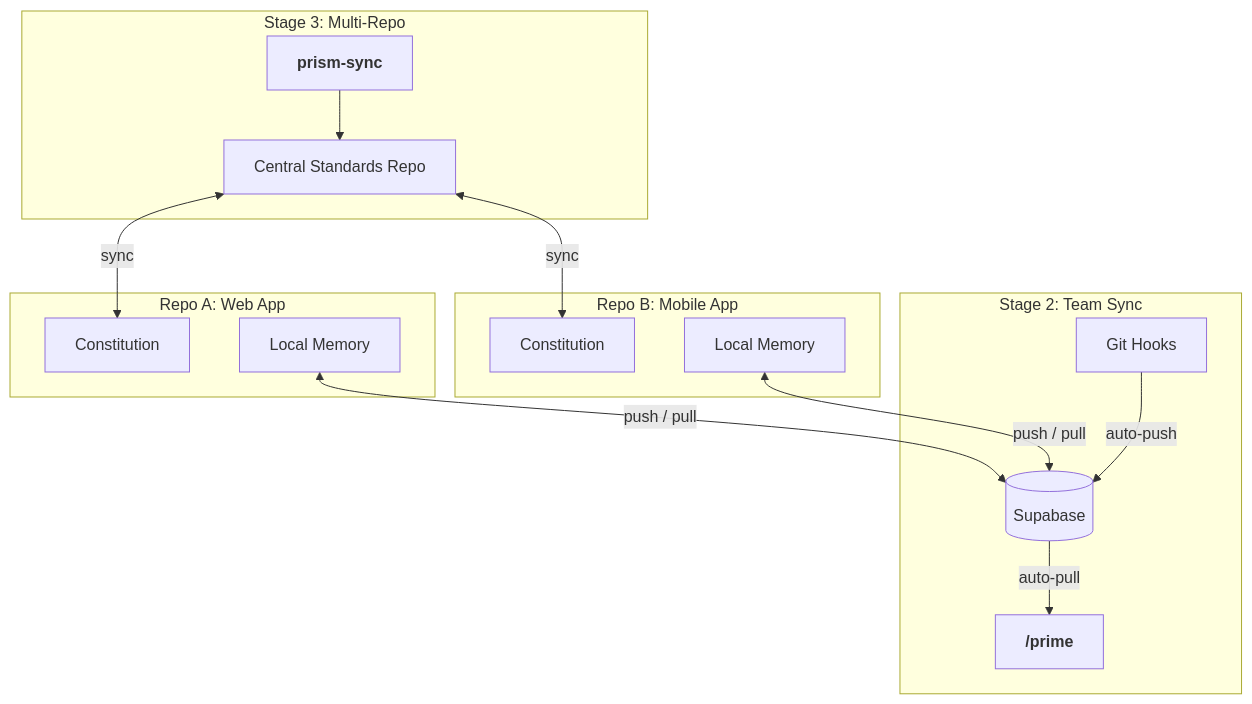
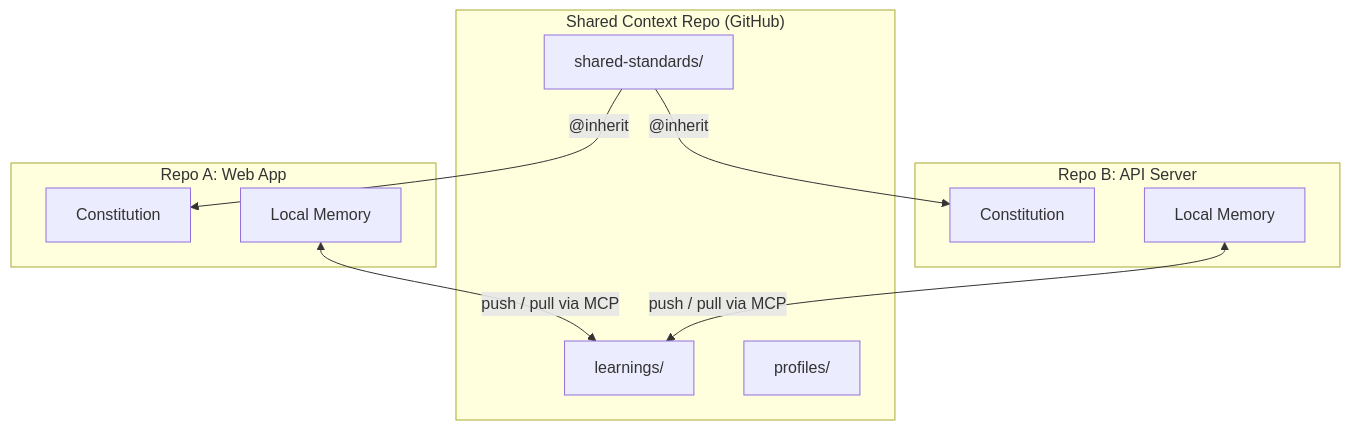
Before and after one commit to araserel/sigil-os: the first of 3 diagrams in prism-plugin/docs/multi-team-workflow.md, drawn with Mermaid. The commit also changed other lines of this file and 19 other files, not shown here.

First line of the commit message:
feat: Complete S2-101 shared context infrastructure (all phases)

````diff
--- a/prism-plugin/docs/multi-team-workflow.md
+++ b/prism-plugin/docs/multi-team-workflow.md
@@ -11,32 +9,23 @@
 ```mermaid
 flowchart TD
-    subgraph Stage2["Stage 2: Team Sync"]
-        DB[("Supabase")]
-        HOOK["Git Hooks"]
-        PRIME["`**/prime**`"]
-    end
-
-    subgraph Stage3["Stage 3: Multi-Repo"]
-        CENTRAL["Central Standards Repo"]
-        SYNC["`**prism-sync**`"]
+    subgraph SharedRepo["Shared Context Repo (GitHub)"]
+        LEARN["learnings/"]
+        PROF["profiles/"]
+        STD["shared-standards/"]
     end
 
     subgraph RepoA["Repo A: Web App"]
         CONST_A["Constitution"]
         MEM_A["Local Memory"]
     end
 
-    subgraph RepoB["Repo B: Mobile App"]
+    subgraph RepoB["Repo B: API Server"]
         CONST_B["Constitution"]
         MEM_B["Local Memory"]
     end
 
-    MEM_A <-->|"push / pull"| DB
-    MEM_B <-->|"push / pull"| DB
-    HOOK -->|"auto-push"| DB
-    DB -->|"auto-pull"| PRIME
-
-    CENTRAL <-->|"sync"| CONST_A
-    CENTRAL <-->|"sync"| CONST_B
-    SYNC --> CENTRAL
+    MEM_A <-->|"push / pull via MCP"| LEARN
+    MEM_B <-->|"push / pull via MCP"| LEARN
+    STD -->|"@inherit"| CONST_A
+    STD -->|"@inherit"| CONST_B
 ```
````
